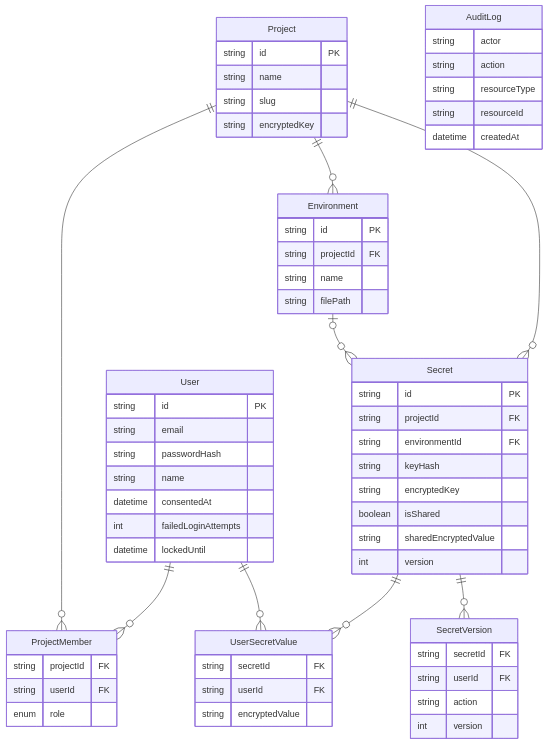
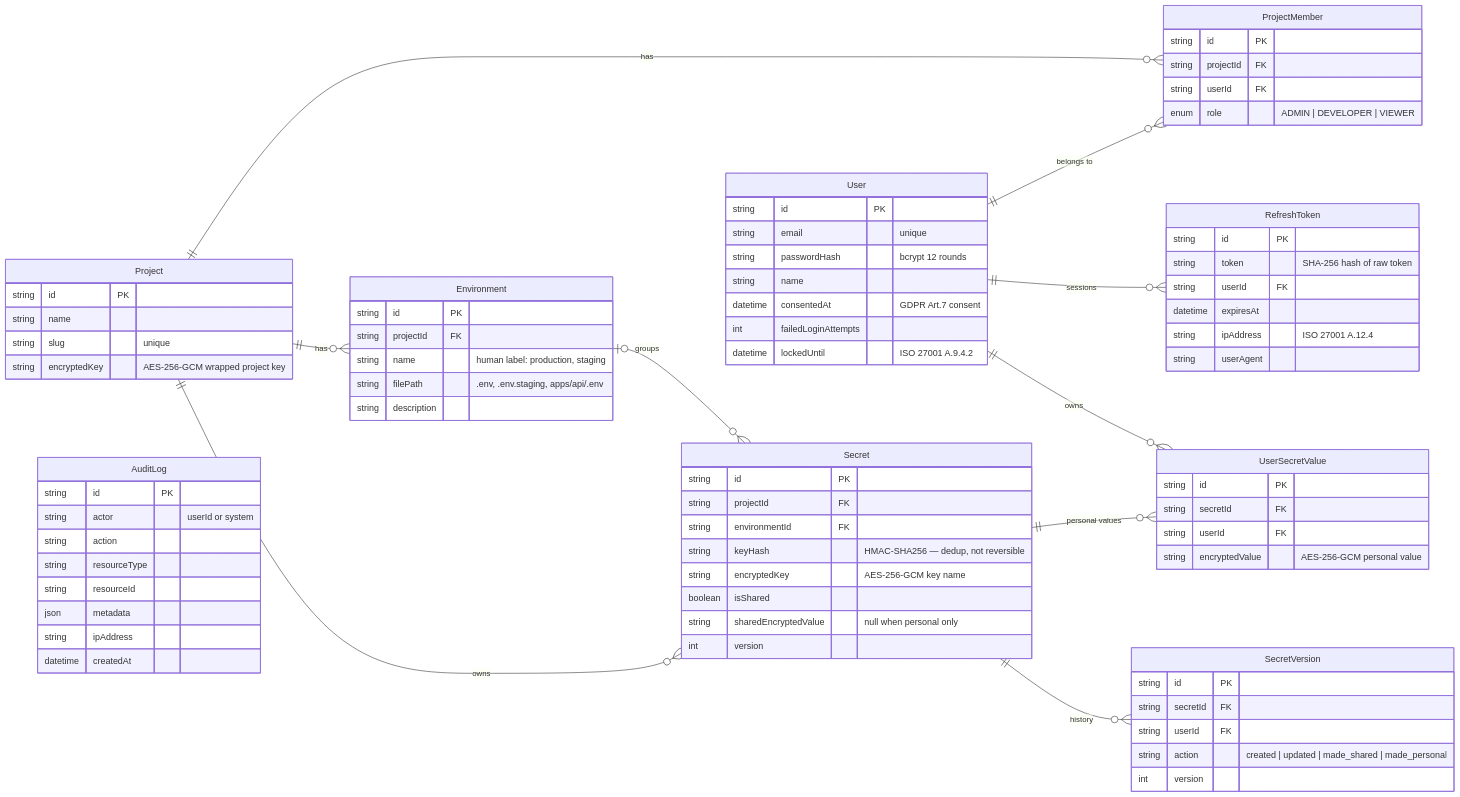
Before and after one commit to s-pl/envShare: the fifth of 5 diagrams in README.md, drawn with Mermaid. The commit also changed other lines of this file and 11 other files, not shown here.

````diff
--- a/README.md
+++ b/README.md
@@ -420,66 +208,92 @@
 ```mermaid
 erDiagram
+    direction LR
+
     User {
-        string id PK
-        string email
-        string passwordHash
-        string name
-        datetime consentedAt
-        int failedLoginAttempts
-        datetime lockedUntil
+        string  id              PK
+        string  email           "unique"
+        string  passwordHash    "bcrypt 12 rounds"
+        string  name
+        datetime consentedAt    "GDPR Art.7 consent"
+        int     failedLoginAttempts
+        datetime lockedUntil   "ISO 27001 A.9.4.2"
     }
+
     Project {
-        string id PK
-        string name
-        string slug
-        string encryptedKey
+        string  id           PK
+        string  name
+        string  slug         "unique"
+        string  encryptedKey "AES-256-GCM wrapped project key"
     }
+
     ProjectMember {
+        string id        PK
         string projectId FK
-        string userId FK
-        enum role
+        string userId    FK
+        enum   role      "ADMIN | DEVELOPER | VIEWER"
     }
+
     Environment {
-        string id PK
-        string projectId FK
-        string name
-        string filePath
+        string  id        PK
+        string  projectId FK
+        string  name      "human label: production, staging"
+        string  filePath  ".env, .env.staging, apps/api/.env"
+        string  description
     }
+
     Secret {
-        string id PK
-        string projectId FK
-        string environmentId FK
-        string keyHash
-        string encryptedKey
+        string  id            PK
+        string  projectId     FK
+        string  environmentId FK
+        string  keyHash       "HMAC-SHA256 — dedup, not reversible"
+        string  encryptedKey  "AES-256-GCM key name"
         boolean isShared
-        string sharedEncryptedValue
-        int version
+        string  sharedEncryptedValue "null when personal only"
+        int     version
     }
+
     UserSecretValue {
-        string secretId FK
-        string userId FK
-        string encryptedValue
+        string id            PK
+        string secretId      FK
+        string userId        FK
+        string encryptedValue "AES-256-GCM personal value"
     }
+
     SecretVersion {
-        string secretId FK
-        string userId FK
-        string action
-        int version
+        string id        PK
+        string secretId  FK
+        string userId    FK
+        string action    "created | updated | made_shared | made_personal"
+        int    version
     }
+
+    RefreshToken {
+        string   id        PK
+        string   token     "SHA-256 hash of raw token"
+        string   userId    FK
+        datetime expiresAt
+        string   ipAddress "ISO 27001 A.12.4"
+        string   userAgent
+    }
+
     AuditLog {
-        string actor
-        string action
-        string resourceType
-        string resourceId
+        string   id           PK
+        string   actor        "userId or system"
+        string   action
+        string   resourceType
+        string   resourceId
+        json     metadata
+        string   ipAddress
         datetime createdAt
     }
 
-    User ||--o{ ProjectMember : ""
-    Project ||--o{ ProjectMember : ""
-    Project ||--o{ Environment : ""
-    Project ||--o{ Secret : ""
-    Environment |o--o{ Secret : ""
-    Secret ||--o{ UserSecretValue : ""
-    User ||--o{ UserSecretValue : ""
-    Secret ||--o{ SecretVersion : ""
+    User           ||--o{ ProjectMember  : "belongs to"
+    Project        ||--o{ ProjectMember  : "has"
+    Project        ||--o{ Environment    : "has"
+    Project        ||--o{ Secret         : "owns"
+    Environment    |o--o{ Secret         : "groups"
+    Secret         ||--o{ UserSecretValue : "personal values"
+    User           ||--o{ UserSecretValue : "owns"
+    Secret         ||--o{ SecretVersion  : "history"
+    User           ||--o{ RefreshToken   : "sessions"
 ```
````
